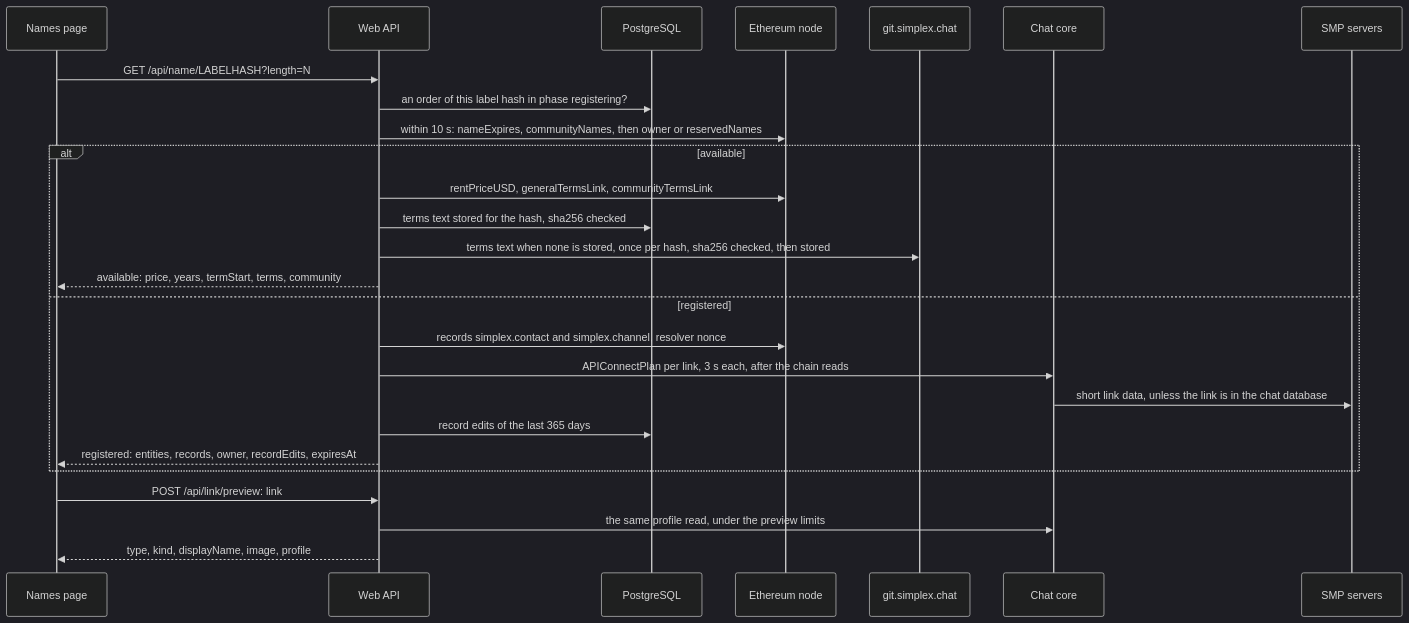
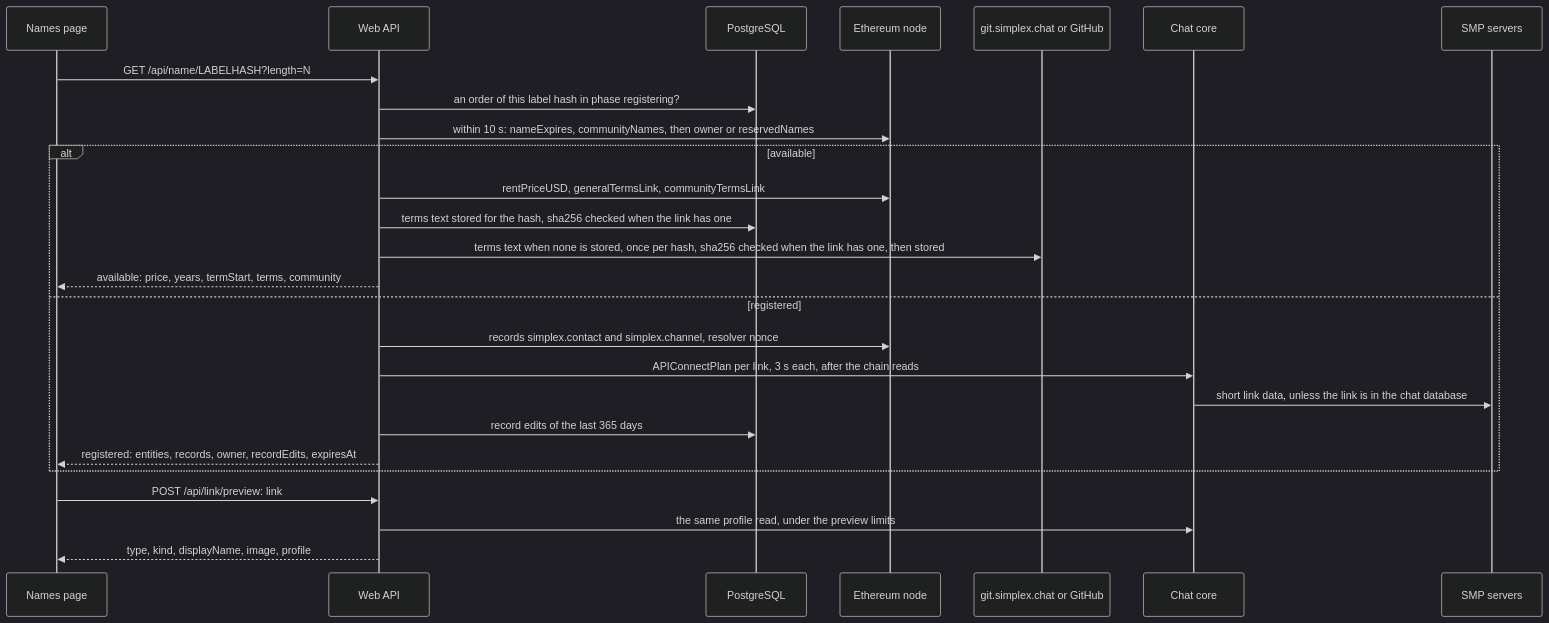
One commit to simplex-chat/simplex-chat changed the fifth of 13 diagrams in apps/simplex-store-service/docs/names.md. Above: the diagram before and after it, drawn with Mermaid (dark theme). The commit also changed other lines of this file and 3 other files, not shown here.

Commit message:
store: take names terms links on GitHub and pinned only by commit

````diff
--- a/apps/simplex-store-service/docs/names.md
+++ b/apps/simplex-store-service/docs/names.md
@@ -293,28 +293,28 @@
 ```mermaid
 sequenceDiagram
   participant P as Names page
   participant W as Web API
   participant D as PostgreSQL
   participant E as Ethereum node
-  participant G as git.simplex.chat
+  participant G as git.simplex.chat or GitHub
   participant C as Chat core
   participant M as SMP servers
   P->>W: GET /api/name/LABELHASH?length=N
   W->>D: an order of this label hash in phase registering?
   W->>E: within 10 s: nameExpires, communityNames, then owner or reservedNames
   alt available
     W->>E: rentPriceUSD, generalTermsLink, communityTermsLink
-    W->>D: terms text stored for the hash, sha256 checked
-    W->>G: terms text when none is stored, once per hash, sha256 checked, then stored
+    W->>D: terms text stored for the hash, sha256 checked when the link has one
+    W->>G: terms text when none is stored, once per hash, sha256 checked when the link has one, then stored
     W-->>P: available: price, years, termStart, terms, community
   else registered
     W->>E: records simplex.contact and simplex.channel, resolver nonce
     W->>C: APIConnectPlan per link, 3 s each, after the chain reads
     C->>M: short link data, unless the link is in the chat database
     W->>D: record edits of the last 365 days
     W-->>P: registered: entities, records, owner, recordEdits, expiresAt
   end
   P->>W: POST /api/link/preview: link
   W->>C: the same profile read, under the preview limits
   W-->>P: type, kind, displayName, image, profile
 ```
````
